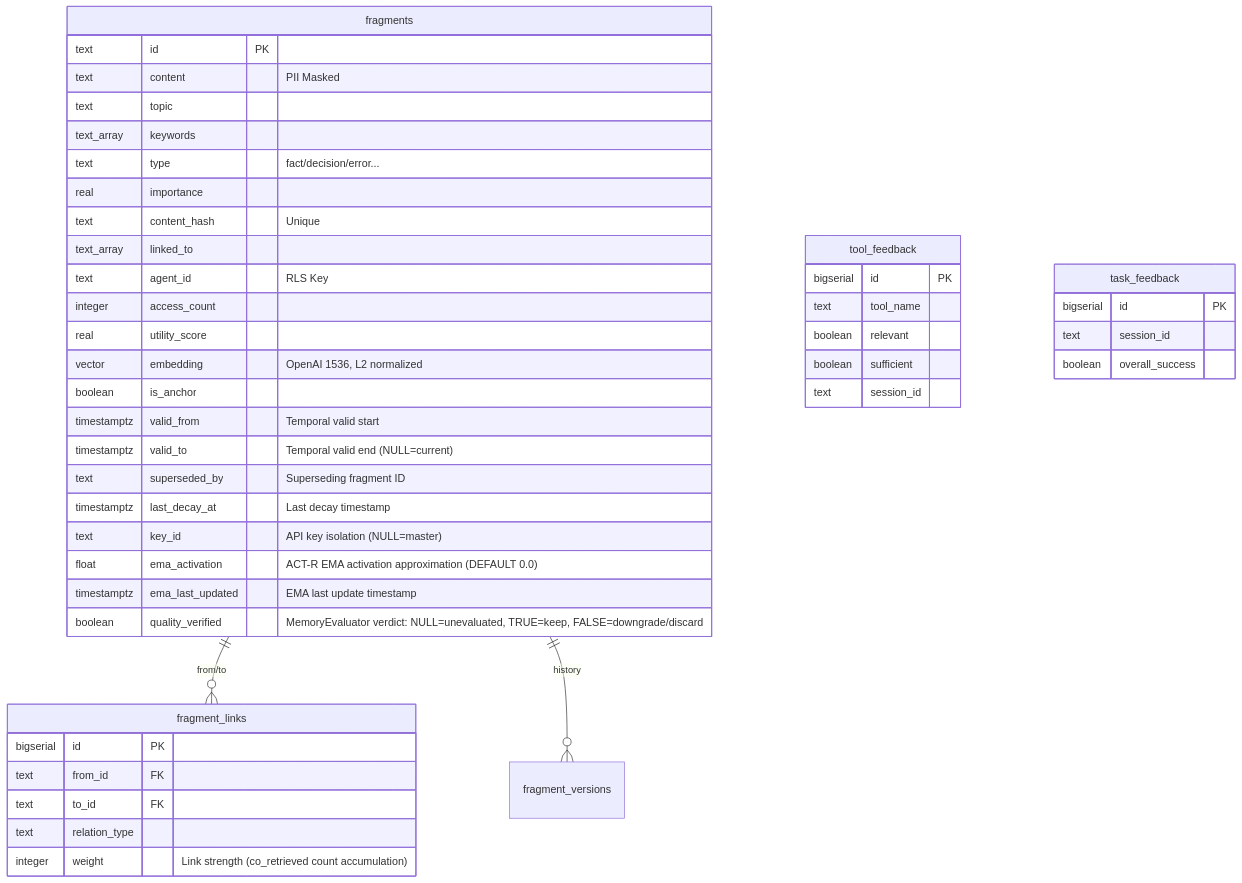
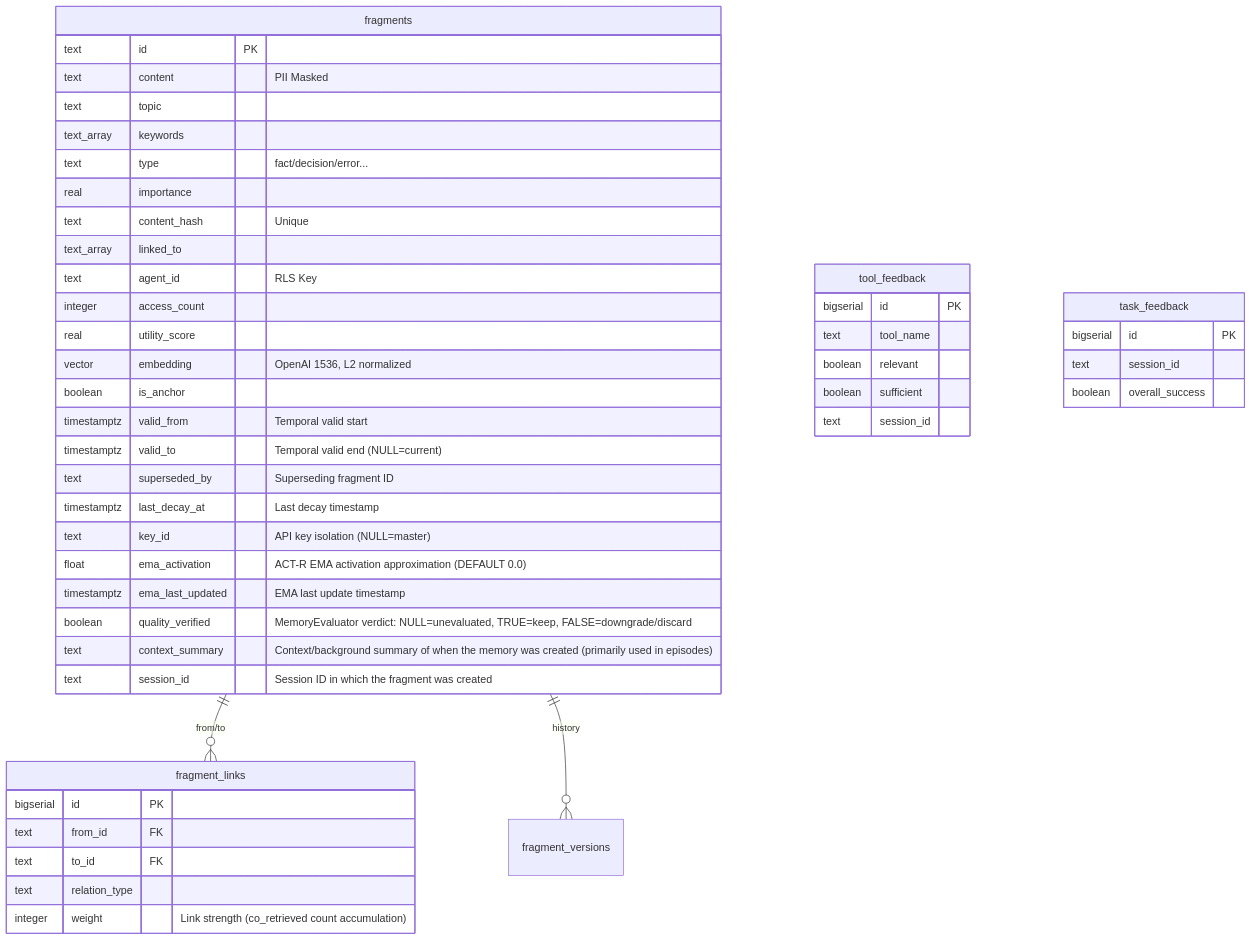
The diagram in docs/architecture.en.md (pkkgh1519/memento-mcp), drawn with Mermaid before and after one commit. The commit also changed other lines of this file and 1 other file, not shown here.

First line of the commit message:
docs: modernize architecture docs — migrations 014-020, HNSW 128, schema columns

````diff
--- a/docs/architecture.en.md
+++ b/docs/architecture.en.md
@@ -140,47 +150,49 @@
 ```mermaid
 erDiagram
     fragments ||--o{ fragment_links : "from/to"
     fragments ||--o{ fragment_versions : "history"
     fragments {
         text id PK
         text content "PII Masked"
         text topic
         text_array keywords
         text type "fact/decision/error..."
         real importance
         text content_hash "Unique"
         text_array linked_to
         text agent_id "RLS Key"
         integer access_count
         real utility_score
         vector embedding "OpenAI 1536, L2 normalized"
         boolean is_anchor
         timestamptz valid_from "Temporal valid start"
         timestamptz valid_to "Temporal valid end (NULL=current)"
         text superseded_by "Superseding fragment ID"
         timestamptz last_decay_at "Last decay timestamp"
         text key_id "API key isolation (NULL=master)"
         float ema_activation "ACT-R EMA activation approximation (DEFAULT 0.0)"
         timestamptz ema_last_updated "EMA last update timestamp"
         boolean quality_verified "MemoryEvaluator verdict: NULL=unevaluated, TRUE=keep, FALSE=downgrade/discard"
+        text context_summary "Context/background summary of when the memory was created (primarily used in episodes)"
+        text session_id "Session ID in which the fragment was created"
     }
     fragment_links {
         bigserial id PK
         text from_id FK
         text to_id FK
         text relation_type
         integer weight "Link strength (co_retrieved count accumulation)"
     }
     tool_feedback {
         bigserial id PK
         text tool_name
         boolean relevant
         boolean sufficient
         text session_id
     }
     task_feedback {
         bigserial id PK
         text session_id
         boolean overall_success
     }
 ```
````
